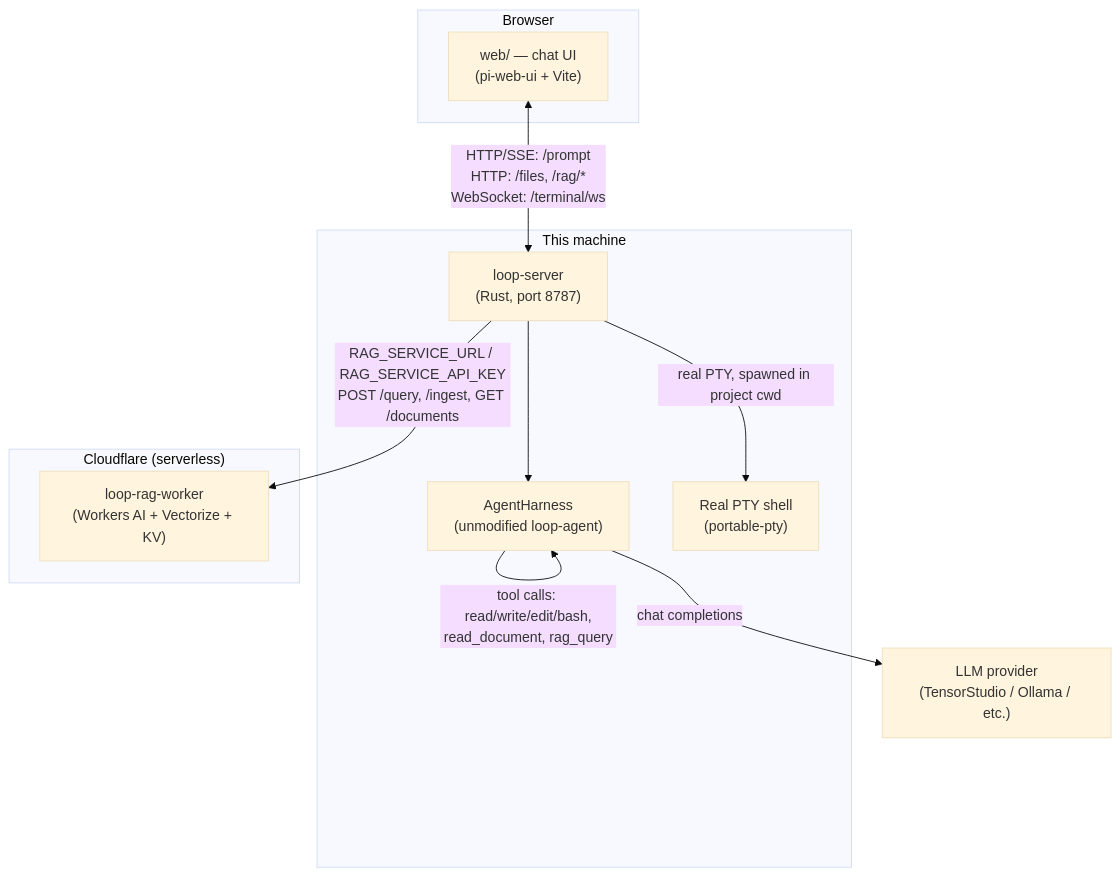
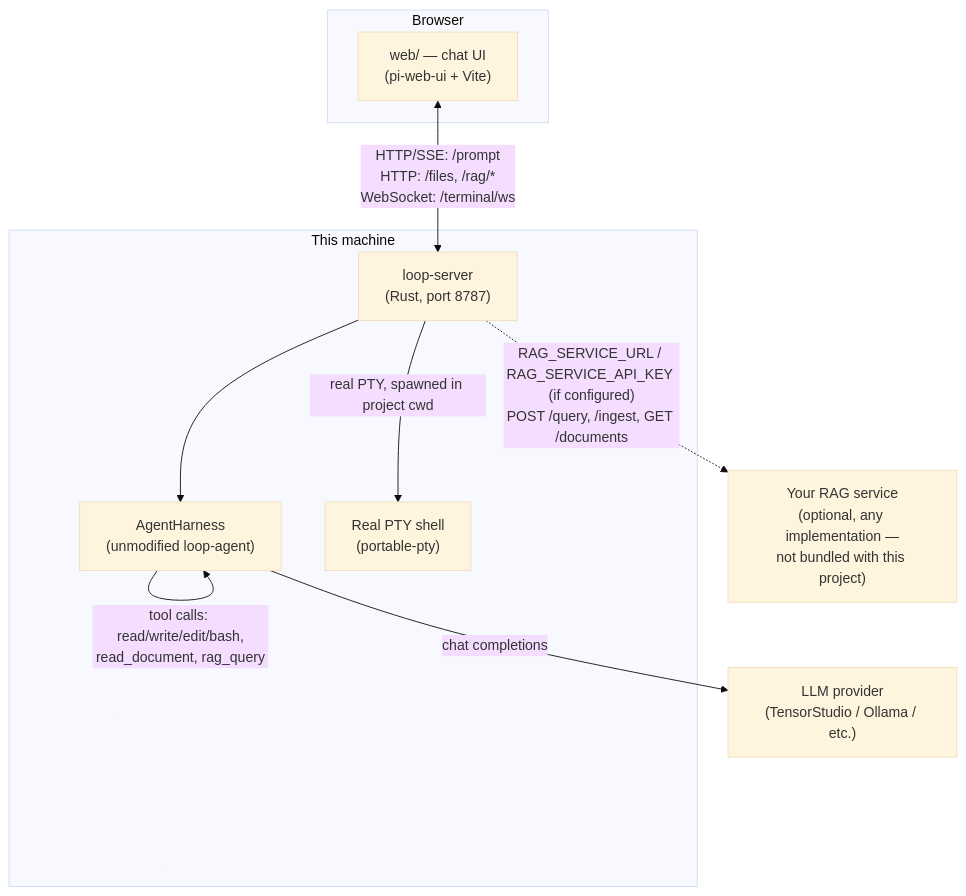
One commit to highlandzulu-cmd/loop-bridge changed the first of 2 diagrams in chatui.md. Above: the diagram before and after it, drawn with Mermaid (base theme). The commit also changed other lines of this file and 14 other files, not shown here.

````diff
--- a/chatui.md
+++ b/chatui.md
@@ -36,25 +39,23 @@
 ```mermaid
 flowchart TB
     subgraph Browser
         UI["web/ — chat UI<br/>(pi-web-ui + Vite)"]
     end
 
     subgraph Server["This machine"]
         LS["loop-server<br/>(Rust, port 8787)"]
         Harness["AgentHarness<br/>(unmodified loop-agent)"]
         Shell["Real PTY shell<br/>(portable-pty)"]
     end
 
-    subgraph Cloud["Cloudflare (serverless)"]
-        Worker["loop-rag-worker<br/>(Workers AI + Vectorize + KV)"]
-    end
+    RAG["Your RAG service<br/>(optional, any implementation —<br/>not bundled with this project)"]
 
     LLM["LLM provider<br/>(TensorStudio / Ollama / etc.)"]
 
     UI <-->|"HTTP/SSE: /prompt<br/>HTTP: /files, /rag/*<br/>WebSocket: /terminal/ws"| LS
     LS --> Harness
     Harness -->|"tool calls: read/write/edit/bash,<br/>read_document, rag_query"| Harness
     Harness -->|"chat completions"| LLM
     LS -->|"real PTY, spawned in project cwd"| Shell
-    LS -->|"RAG_SERVICE_URL / RAG_SERVICE_API_KEY<br/>POST /query, /ingest, GET /documents"| Worker
+    LS -.->|"RAG_SERVICE_URL / RAG_SERVICE_API_KEY (if configured)<br/>POST /query, /ingest, GET /documents"| RAG
 ```
````
